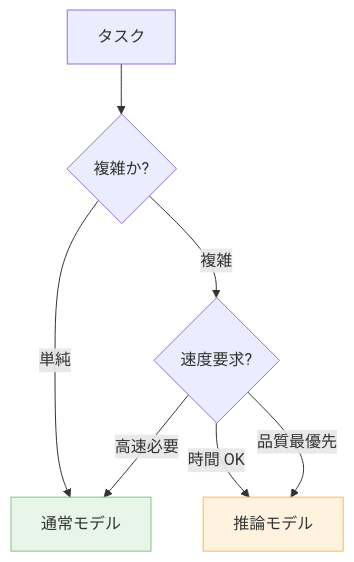
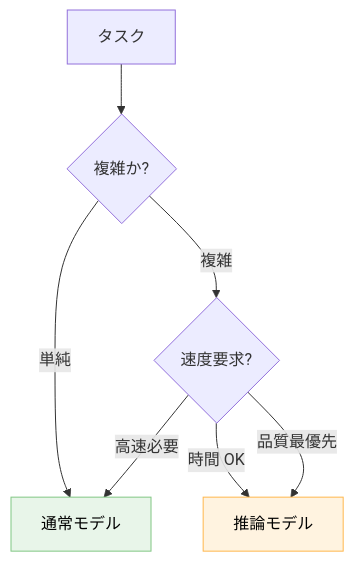
The second of 3 diagrams in docs/techniques/推論モデル-o1o3extended-thinking-の使いどころ.md (dinekt/dinekt-wiki), drawn with Mermaid before and after one commit. The commit also changed other lines of this file and 71 other files, not shown here.

First line of the commit message:
fix: mermaid readability + remove GitHub repo toolbar

````diff
--- a/docs/techniques/推論モデル-o1o3extended-thinking-の使いどころ.md
+++ b/docs/techniques/推論モデル-o1o3extended-thinking-の使いどころ.md
@@ -73,12 +73,12 @@
 ```mermaid
 flowchart TD
     Q[タスク] --> A{複雑か?}
     A -->|単純| N[通常モデル]
     A -->|複雑| B{速度要求?}
     B -->|高速必要| N
     B -->|時間 OK| R[推論モデル]
     B -->|品質最優先| R
 
-    style N fill:#e8f5e9,stroke:#81c784
-    style R fill:#fff3e0,stroke:#ffb74d
+    style N fill:#e8f5e9,stroke:#81c784,color:#000
+    style R fill:#fff3e0,stroke:#ffb74d,color:#000
 ```
````
